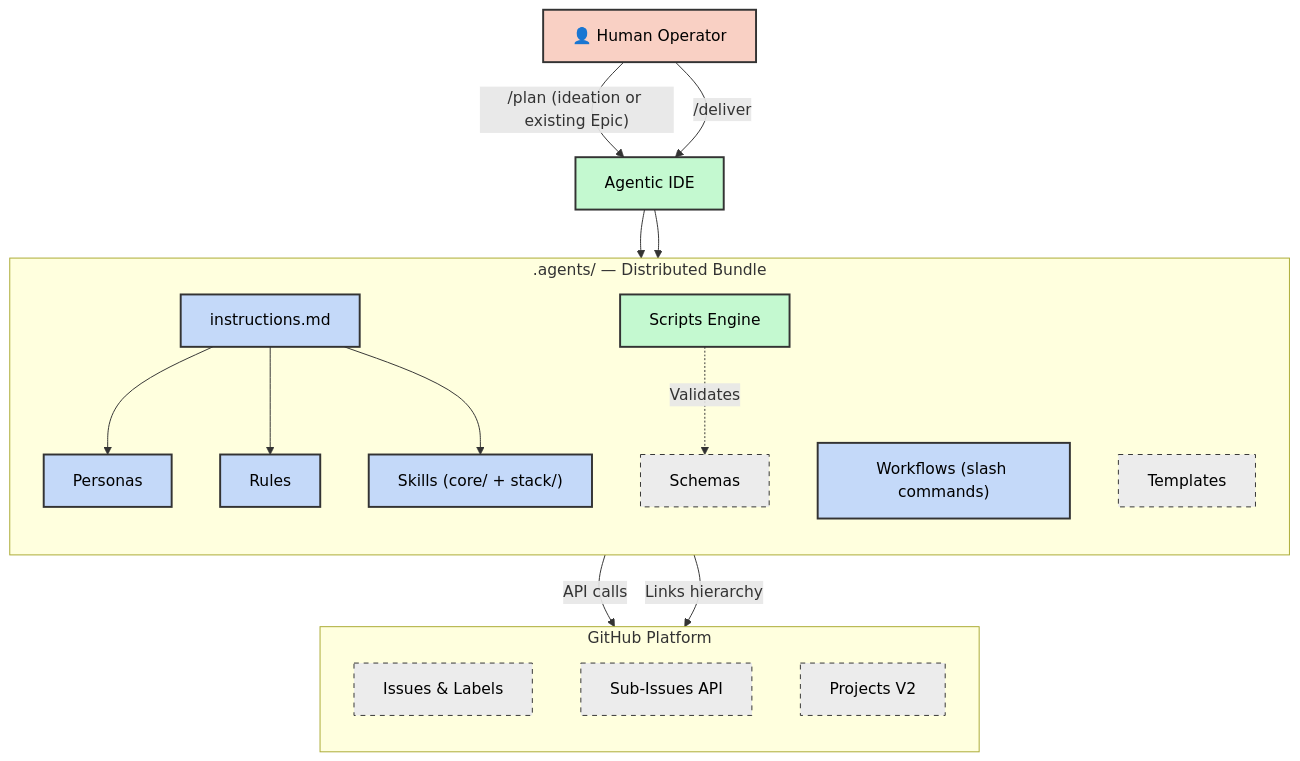
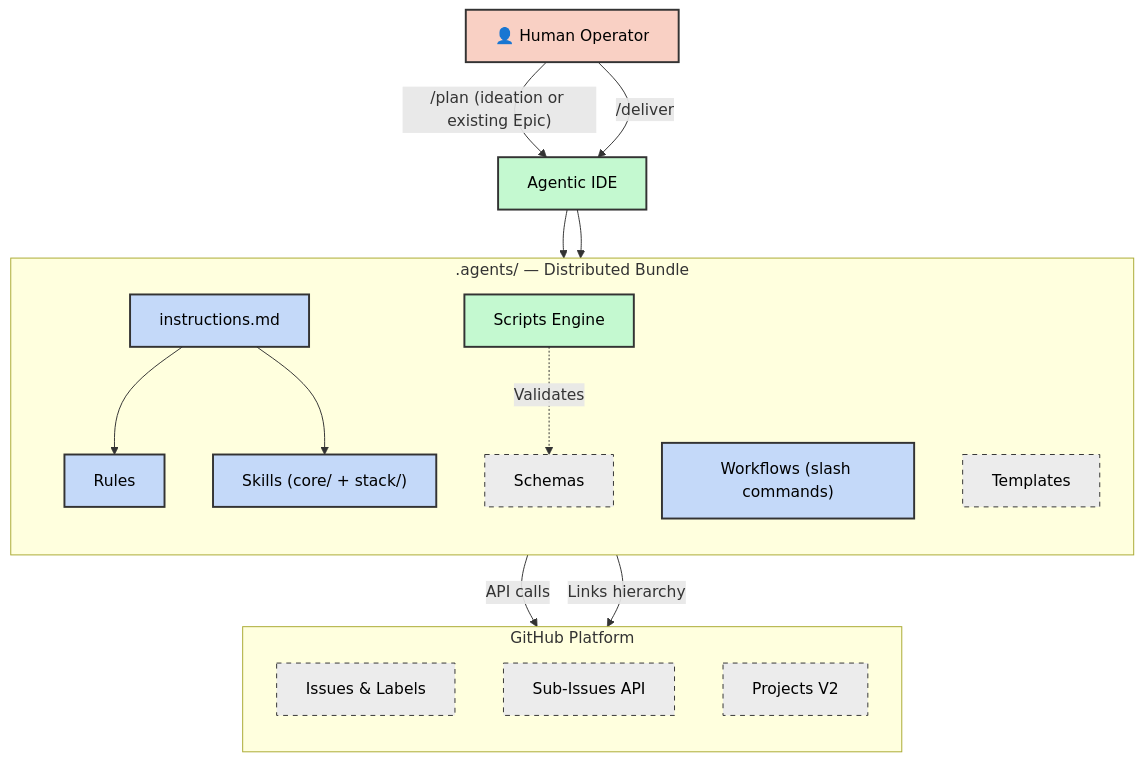
Before and after one commit to dsj1984/mandrel: the first of 6 diagrams in docs/architecture.md, drawn with Mermaid. The commit also changed other lines of this file and 50 other files, not shown here.

````diff
--- a/docs/architecture.md
+++ b/docs/architecture.md
@@ -33,38 +33,37 @@
 ```mermaid
 graph TB
     classDef human fill:#f9d0c4,stroke:#333,stroke-width:2px,color:#000
     classDef agent fill:#c4f9d0,stroke:#333,stroke-width:2px,color:#000
     classDef infra fill:#c4d9f9,stroke:#333,stroke-width:2px,color:#000
     classDef data fill:#ececec,stroke:#333,stroke-width:1px,stroke-dasharray: 5 5,color:#000
 
     H["👤 Human Operator"]:::human
     IDE["Agentic IDE"]:::agent
 
     subgraph Framework [".agents/ — Distributed Bundle"]
         direction TB
         INS["instructions.md"]:::infra
-        PER["Personas"]:::infra
         RUL["Rules"]:::infra
         SKL["Skills (core/ + stack/)"]:::infra
         WFL["Workflows (slash commands)"]:::infra
         SCR["Scripts Engine"]:::agent
         SCH["Schemas"]:::data
         TPL["Templates"]:::data
     end
 
     subgraph GitHub ["GitHub Platform"]
         direction TB
         ISS["Issues & Labels"]:::data
         SUB["Sub-Issues API"]:::data
         PRJ["Projects V2"]:::data
     end
 
     H -->|"/plan (ideation or existing Epic)"| IDE
     H -->|"/deliver"| IDE
     IDE --> INS
-    INS --> PER & RUL & SKL
+    INS --> RUL & SKL
     IDE --> SCR
     SCR -->|"API calls"| ISS
     SCR -->|"Links hierarchy"| SUB
     SCR -.->|"Validates"| SCH
 ```
````
